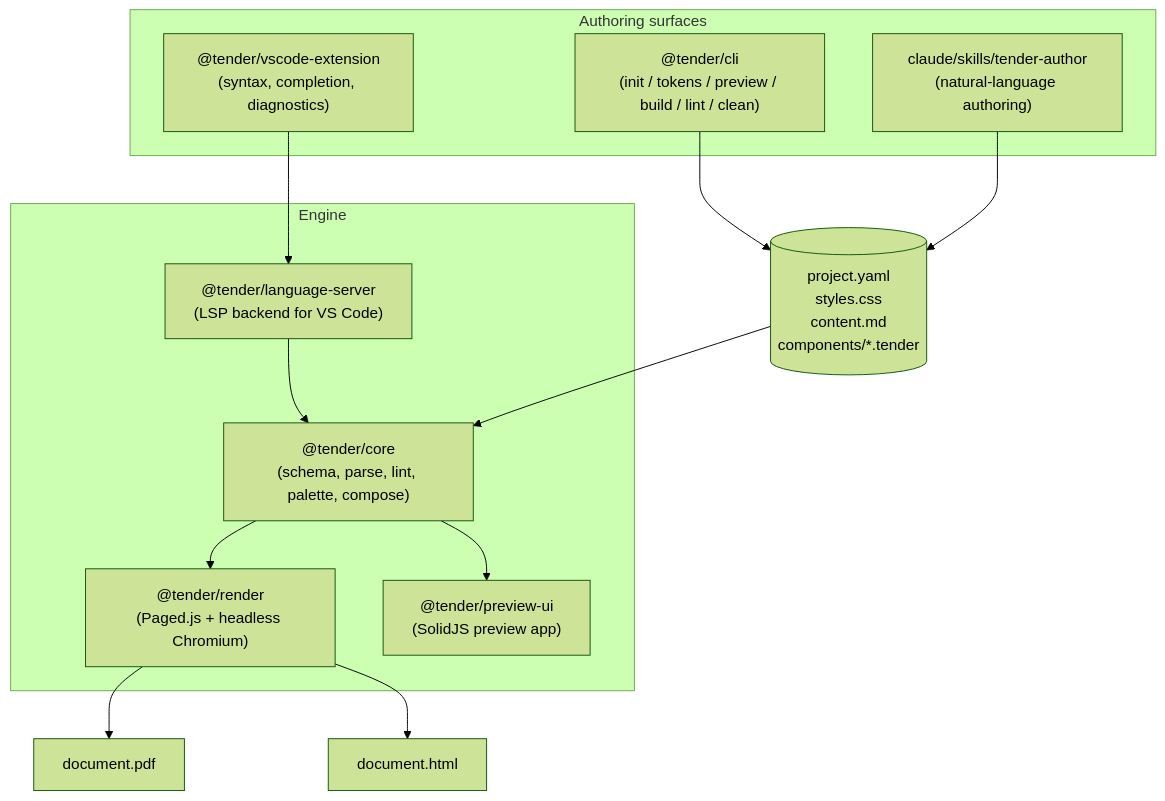
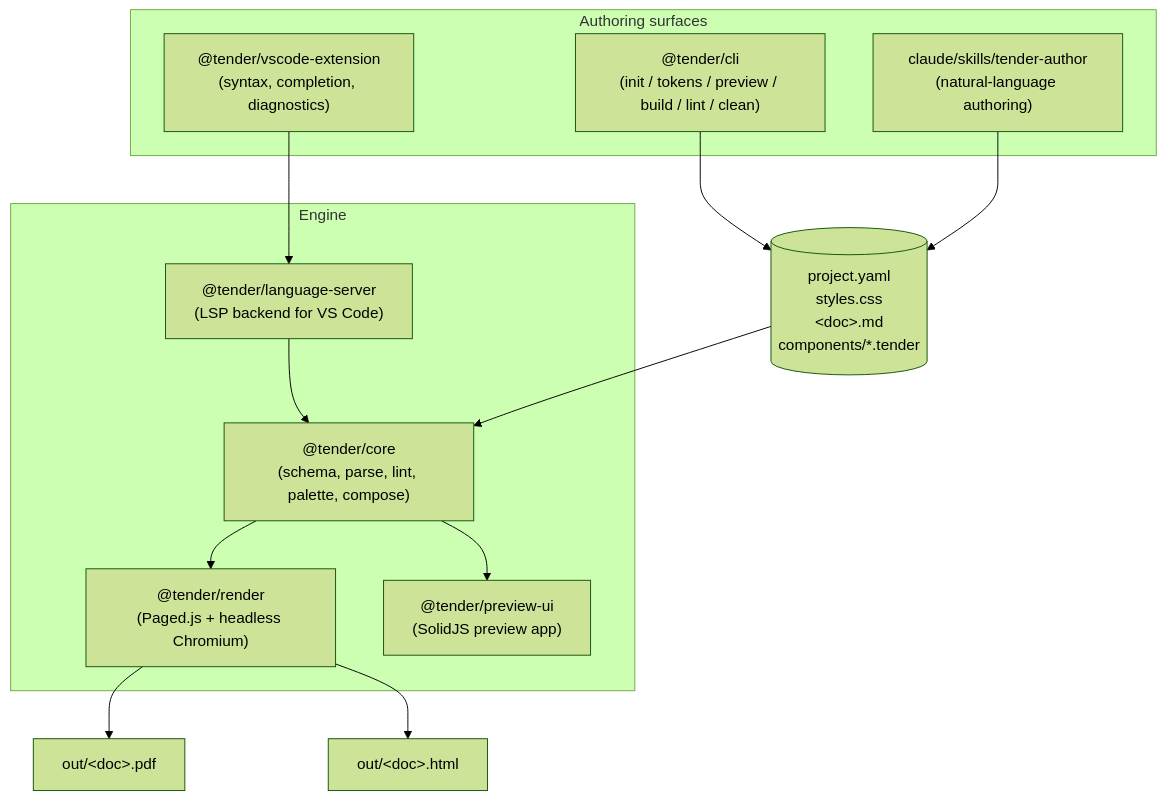
Before and after one commit to PossibleWorldsDotSpace/tender: the third of 3 diagrams in README.md, drawn with Mermaid (forest theme). The commit also changed other lines of this file and 2 other files, not shown here.

First line of the commit message:
docs: multi-document projects across README, user-guide, skill

````diff
--- a/README.md
+++ b/README.md
@@ -54,29 +54,29 @@
 ```mermaid
 flowchart TB
     subgraph surfaces["Authoring surfaces"]
         CLI["@tender/cli<br/>(init / tokens / preview / build / lint / clean)"]
         SKILL["claude/skills/tender-author<br/>(natural-language authoring)"]
         VSC["@tender/vscode-extension<br/>(syntax, completion, diagnostics)"]
     end
 
     subgraph engine["Engine"]
         CORE["@tender/core<br/>(schema, parse, lint, palette, compose)"]
         RENDER["@tender/render<br/>(Paged.js + headless Chromium)"]
         PUI["@tender/preview-ui<br/>(SolidJS preview app)"]
         LSP["@tender/language-server<br/>(LSP backend for VS Code)"]
     end
 
-    SRC[("project.yaml<br/>styles.css<br/>content.md<br/>components/*.tender")]
-    PDF[document.pdf]
-    HTML[document.html]
+    SRC[("project.yaml<br/>styles.css<br/>&lt;doc&gt;.md<br/>components/*.tender")]
+    PDF[out/&lt;doc&gt;.pdf]
+    HTML[out/&lt;doc&gt;.html]
 
     CLI --> SRC
     SKILL --> SRC
     VSC --> LSP
     LSP --> CORE
     SRC --> CORE
     CORE --> RENDER
     CORE --> PUI
     RENDER --> PDF
     RENDER --> HTML
 ```
````
